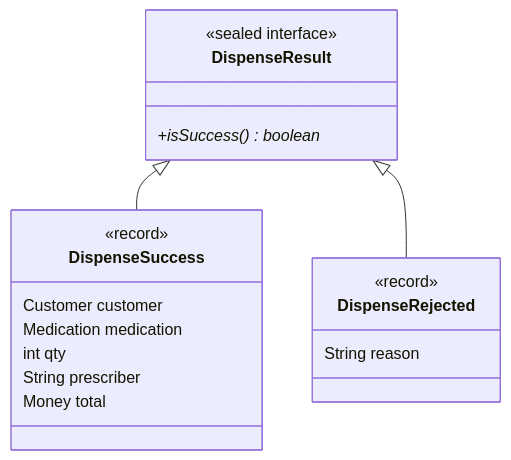
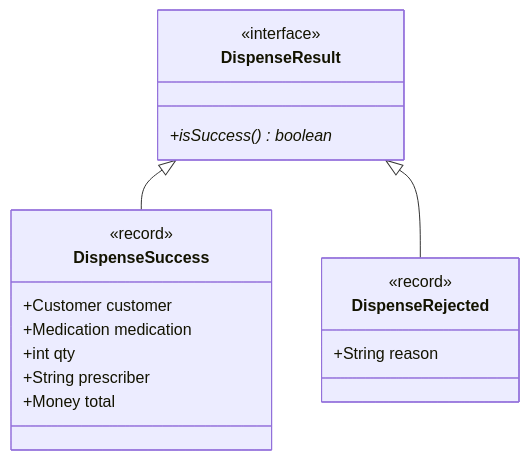
Before and after one commit to john-okyere-282/akosua-pharmacy-project: the diagram in docs/decisions/ADR-005-dispense-failure-handling.md, drawn with Mermaid. The commit also changed 8 other files, not shown here.

Commit message:
docs: fix Mermaid syntax errors and overhaul README with old/new architecture and ADR rationales

````diff
--- a/docs/decisions/ADR-005-dispense-failure-handling.md
+++ b/docs/decisions/ADR-005-dispense-failure-handling.md
@@ -15,21 +15,21 @@
 ```mermaid
 classDiagram
     class DispenseResult {
-        <<sealed interface>>
+        <<interface>>
         +isSuccess()* boolean
     }
     class DispenseSuccess {
         <<record>>
-        Customer customer
-        Medication medication
-        int qty
-        String prescriber
-        Money total
+        +Customer customer
+        +Medication medication
+        +int qty
+        +String prescriber
+        +Money total
     }
     class DispenseRejected {
         <<record>>
-        String reason
+        +String reason
     }
     DispenseResult <|-- DispenseSuccess
     DispenseResult <|-- DispenseRejected
 ```
````
